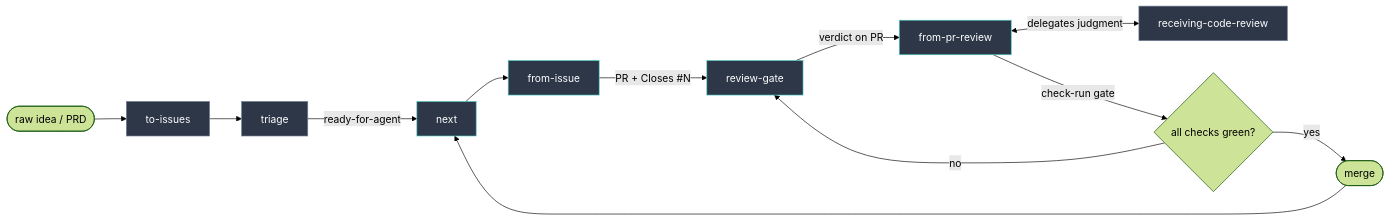
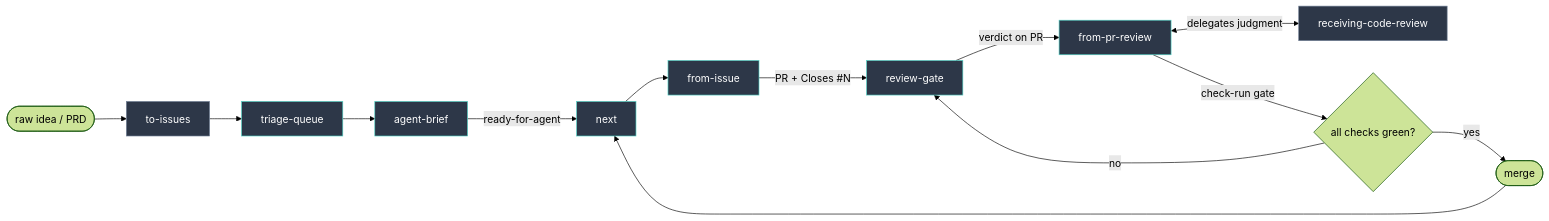
One commit to ptstory/tracer-workflow changed the diagram in README.md. Above: the diagram before and after it, drawn with Mermaid (forest theme). The commit also changed other lines of this file, not shown here.

Commit message:
Document reusable triage prompts

````diff
--- a/README.md
+++ b/README.md
@@ -12,19 +12,20 @@
 ```mermaid
 flowchart LR
     idea([raw idea / PRD]) --> ti[to-issues]
-    ti --> tr[triage]
+    ti --> tq[triage-queue]
+    tq --> tr[agent-brief]
     tr -->|ready-for-agent| nx[next]
     nx --> fi[from-issue]
     fi -->|"PR + Closes #N"| rg[review-gate]
     rg -->|verdict on PR| fpr[from-pr-review]
     fpr <-->|delegates judgment| rec[receiving-code-review]
     fpr -->|check-run gate| gate{all checks green?}
     gate -->|yes| merge([merge])
     gate -->|no| rg
     merge --> nx
 
     classDef custom fill:#2d3748,stroke:#4fd1c5,color:#fff
     classDef adopted fill:#2d3748,stroke:#718096,color:#fff
-    class fi,fpr,nx,rg custom
-    class ti,tr,rec adopted
+    class fi,fpr,nx,rg,tq,tr custom
+    class ti,rec adopted
 ```
````
